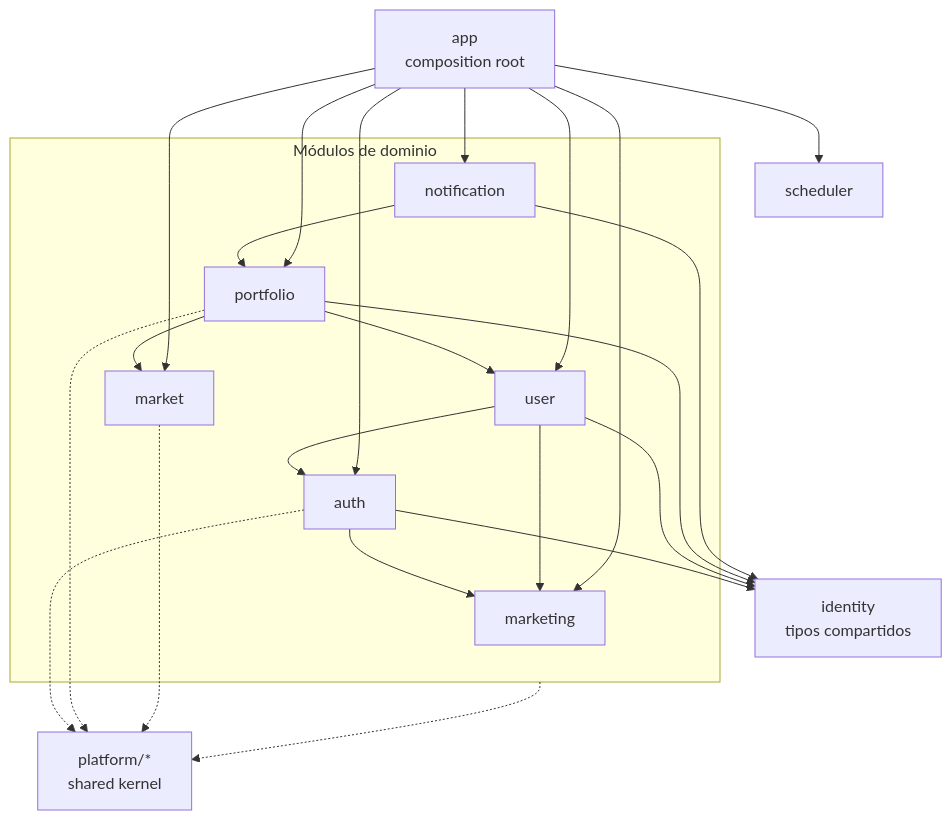
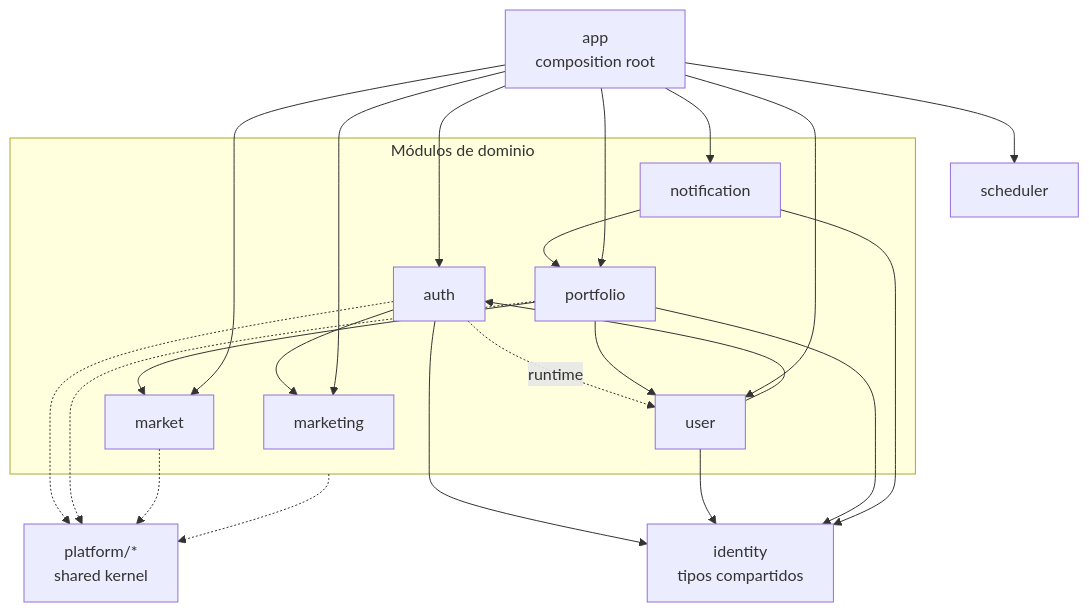
One commit to yeferson59/finexia-app changed the diagram in docs/ARCHITECTURE.md. Above: the diagram before and after it, drawn with Mermaid. The commit also changed other lines of this file and 9 other files, not shown here.

````diff
--- a/docs/ARCHITECTURE.md
+++ b/docs/ARCHITECTURE.md
@@ -84,32 +94,32 @@
 ```mermaid
 graph TD
     app[app<br/>composition root]
     subgraph domain[Módulos de dominio]
         auth --> marketing
         user --> auth
-        user --> marketing
+        auth -. runtime .-> user
         portfolio --> user
         portfolio --> market
         notification --> portfolio
     end
     identity[identity<br/>tipos compartidos]
     platform[platform/*<br/>shared kernel]
 
     app --> auth
     app --> user
     app --> portfolio
     app --> market
     app --> marketing
     app --> notification
     app --> scheduler
 
     auth --> identity
     user --> identity
     portfolio --> identity
     notification --> identity
 
     auth -.-> platform
     portfolio -.-> platform
     market -.-> platform
     domain -.-> platform
 ```
````
